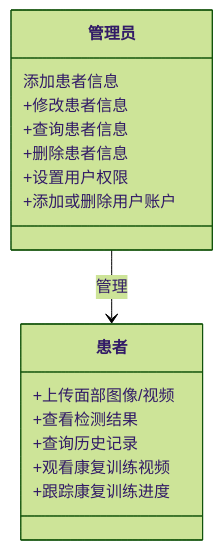
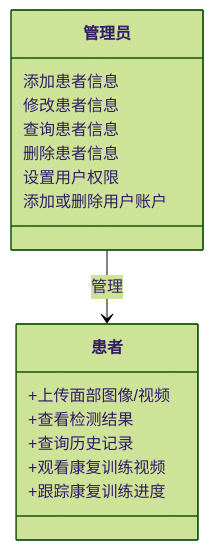
The diagram in all/未命名.md (Villode/iodraw-files), drawn with Mermaid (forest theme) before and after one commit.

Commit message:
2024-10-29 23:11:33 update

````diff
--- a/all/未命名.md
+++ b/all/未命名.md
@@ -1,21 +1,21 @@
 ```mermaid
 classDiagram  
     class 管理员 {  
         添加患者信息  
-        +修改患者信息  
-        +查询患者信息  
-        +删除患者信息  
-        +设置用户权限  
-        +添加或删除用户账户  
+        修改患者信息  
+        查询患者信息  
+        删除患者信息  
+        设置用户权限  
+        添加或删除用户账户  
     }  
   
     class 患者 {  
         +上传面部图像/视频  
         +查看检测结果  
         +查询历史记录  
         +观看康复训练视频  
         +跟踪康复训练进度  
     }  
   
     管理员 --> 患者 : 管理
 ```
````
